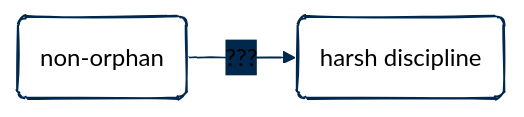
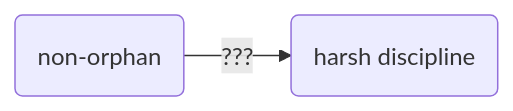
The diagram in orphan/diagrams.md (agrogan1/closeread), drawn with Mermaid before and after one commit.

````diff
--- a/orphan/diagrams.md
+++ b/orphan/diagrams.md
@@ -1,21 +1,12 @@
 ```mermaid
 %%{
   init: {
     'theme': 'base',
-    'look': 'handDrawn',
-    'themeVariables': {
-      'primaryColor': '#FFFFFF',
-      'primaryTextColor': '#000000',
-      'primaryBorderColor': '#00274C',
-      'lineColor': '#00274C',
-      'secondaryColor': '#00274C',
-      'secondaryTextColor': '#000000',
-      'tertiaryColor': '#F2F2F2',
-      'tertiaryBorderColor': '#00274C'
+    'look': 'handDrawn'
     }
   }
 }%%
 
 flowchart LR
   nonorphan(non-orphan) --> |"???"| harshdiscipline(harsh discipline)
 ```
````
